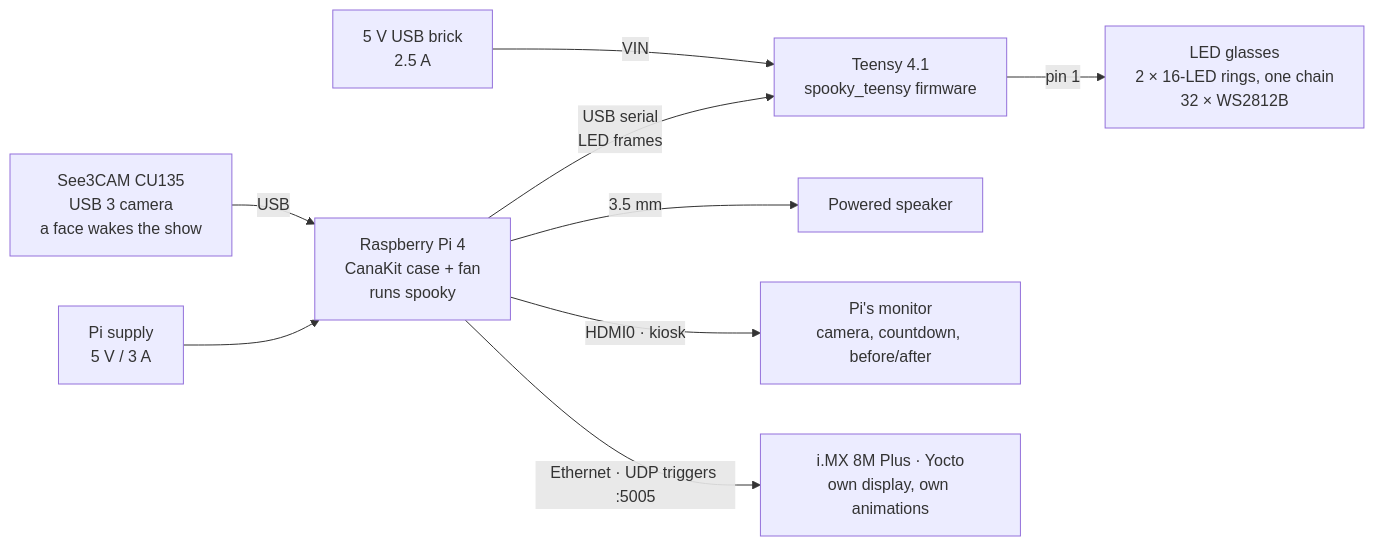
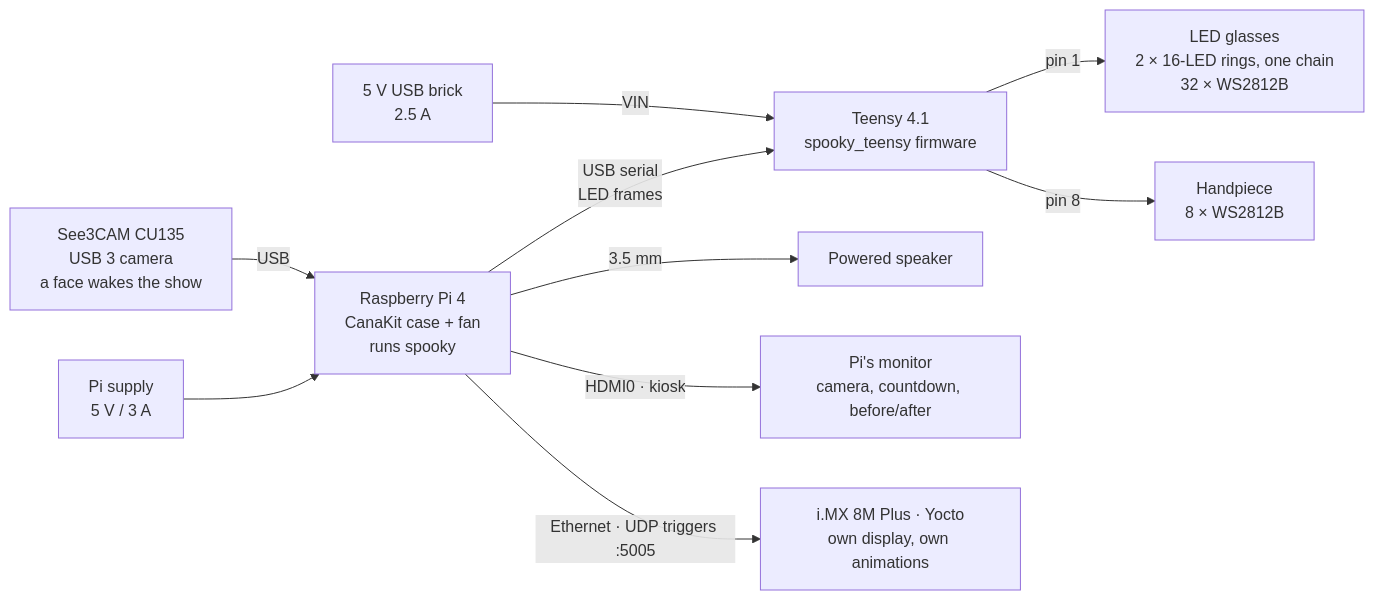
One commit to mxmrsn/spooky-pi changed the diagram in docs/diagrams/hardware.mmd. Above: the diagram before and after it, drawn with Mermaid. The commit also changed 17 other files, not shown here.

First line of the commit message:
Handpiece LED strip on Teensy pin 8; choose which HDMI port setup forces on

```diff
--- a/docs/diagrams/hardware.mmd
+++ b/docs/diagrams/hardware.mmd
@@ -1,11 +1,12 @@
 flowchart LR
     PSU["Pi supply<br/>5 V / 3 A"] --> PI
     CAM["See3CAM CU135<br/>USB 3 camera<br/>a face wakes the show"] -- USB --> PI
     PI["Raspberry Pi 4<br/>CanaKit case + fan<br/>runs spooky"]
     PI -- "USB serial<br/>LED frames" --> TEENSY
     USB5["5 V USB brick<br/>2.5 A"] -- "VIN" --> TEENSY
     TEENSY["Teensy 4.1<br/>spooky_teensy firmware"]
     TEENSY -- "pin 1" --> RING["LED glasses<br/>2 × 16-LED rings, one chain<br/>32 × WS2812B"]
+    TEENSY -- "pin 8" --> HAND["Handpiece<br/>8 × WS2812B"]
     PI -- "3.5 mm" --> SPK["Powered speaker"]
     PI -- "HDMI0 · kiosk" --> MON["Pi's monitor<br/>camera, countdown, before/after"]
     PI -- "Ethernet · UDP triggers :5005" --> IMX["i.MX 8M Plus · Yocto<br/>own display, own animations"]
```
